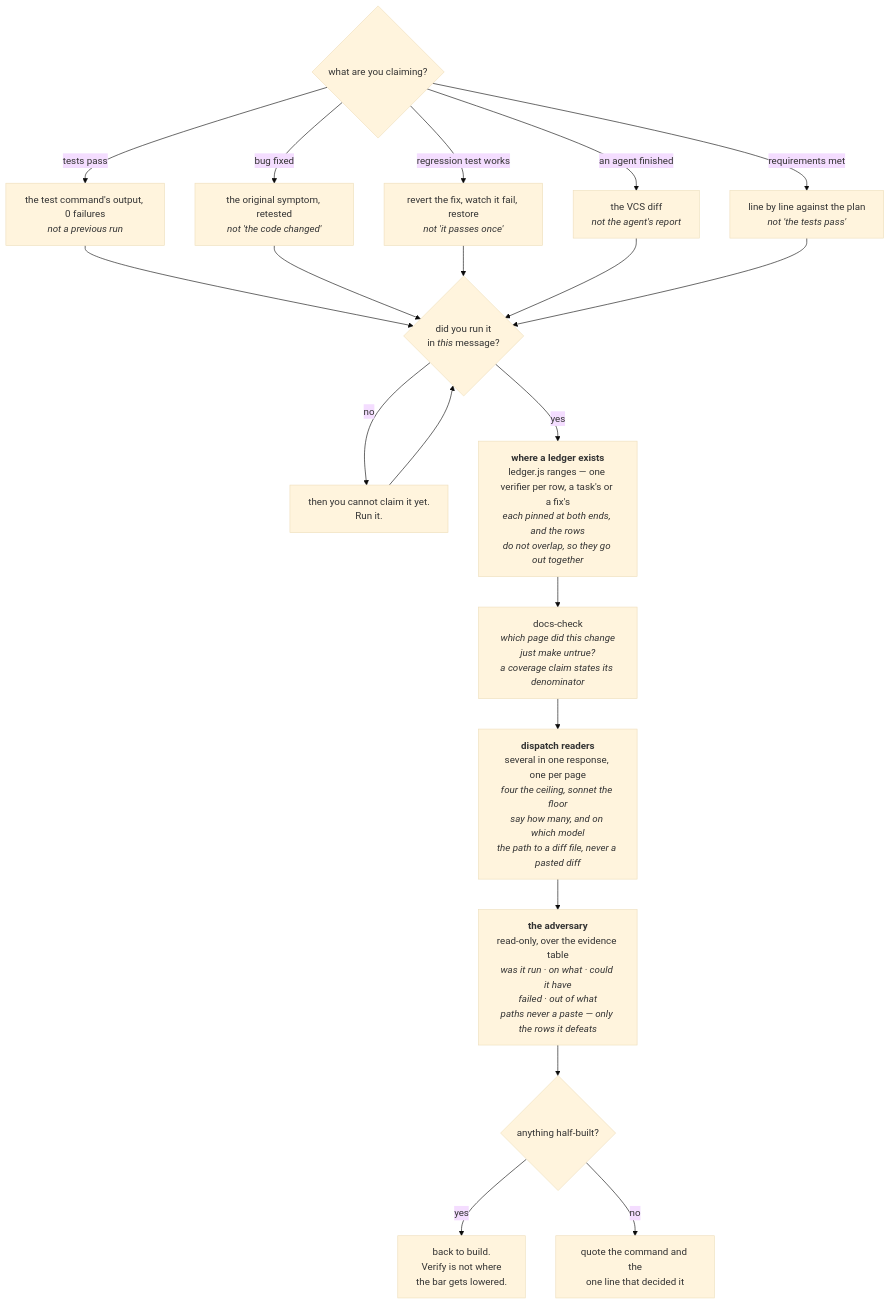
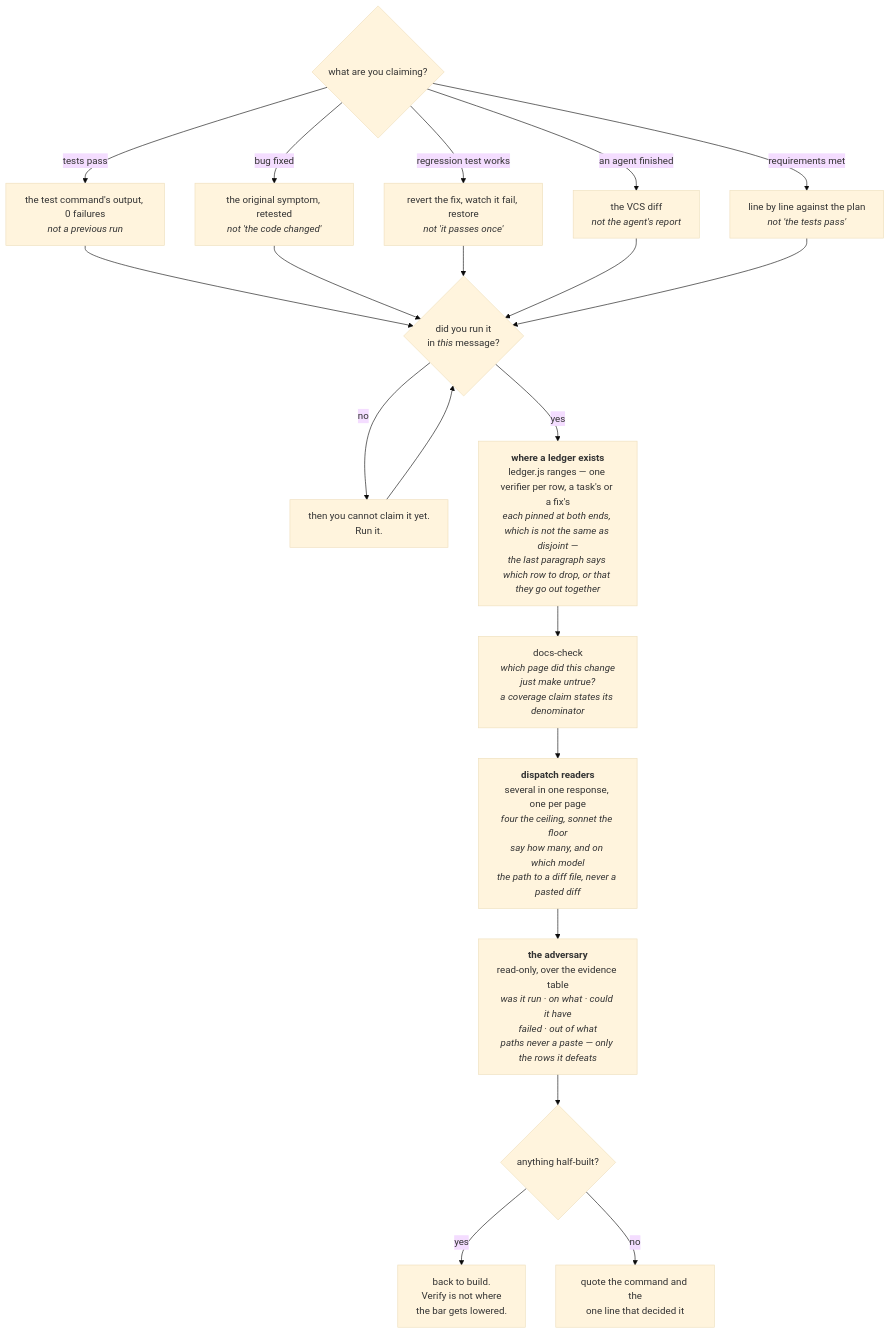
One commit to FanFantom9452/FanKeel changed the sixth of 8 diagrams in docs/pipeline.md. Above: the diagram before and after it, drawn with Mermaid (base theme). The commit also changed 1 other file, not shown here.

Commit message:
fix: two pages still asserted what the tool stopped asserting
- skills/fankeel-verify/SKILL.md: the fan-out rule said the rows do not
  overlap, as a standing fact, and this branch's own ledger has three
  containments. It now says pinned at both ends is not the same as disjoint,
  and sends the reader to the paragraph that names the shape and the remedy.
- docs/pipeline.md: the same claim in the ledger node of the verify diagram.

Claude-Session: https://claude.ai/code/session_01BcqByb1qpjUaoEQG5q3fRg

````diff
--- a/docs/pipeline.md
+++ b/docs/pipeline.md
@@ -557,38 +557,38 @@
 ```mermaid
 flowchart TD
     A{"what are you claiming?"}
     A1["the test command's output, 0 failures<br/><i>not a previous run</i>"]
     A2["the original symptom, retested<br/><i>not 'the code changed'</i>"]
     A3["revert the fix, watch it fail, restore<br/><i>not 'it passes once'</i>"]
     A4["the VCS diff<br/><i>not the agent's report</i>"]
     A5["line by line against the plan<br/><i>not 'the tests pass'</i>"]
     B{"did you run it<br/>in <i>this</i> message?"}
     C["then you cannot claim it yet.<br/>Run it."]
-    D0["<b>where a ledger exists</b><br/>ledger.js ranges — one verifier per row, a task's or a fix's<br/><i>each pinned at both ends, and the rows<br/>do not overlap, so they go out together</i>"]
+    D0["<b>where a ledger exists</b><br/>ledger.js ranges — one verifier per row, a task's or a fix's<br/><i>each pinned at both ends, which is not the same as disjoint —<br/>the last paragraph says which row to drop, or that they go out together</i>"]
     D["docs-check<br/><i>which page did this change<br/>just make untrue?</i><br/><i>a coverage claim states its denominator</i>"]
     D1["<b>dispatch readers</b><br/>several in one response, one per page<br/><i>four the ceiling, sonnet the floor</i><br/><i>say how many, and on which model</i><br/><i>the path to a diff file, never a pasted diff</i>"]
     D2["<b>the adversary</b><br/>read-only, over the evidence table<br/><i>was it run · on what · could it have<br/>failed · out of what</i><br/><i>paths never a paste — only the rows it defeats</i>"]
     E{"anything half-built?"}
     F["back to build.<br/>Verify is not where<br/>the bar gets lowered."]
     G["quote the command and the<br/>one line that decided it"]
 
     A -- "tests pass" --> A1
     A -- "bug fixed" --> A2
     A -- "regression test works" --> A3
     A -- "an agent finished" --> A4
     A -- "requirements met" --> A5
     A1 --> B
     A2 --> B
     A3 --> B
     A4 --> B
     A5 --> B
     B -- no --> C
     C --> B
     B -- yes --> D0
     D0 --> D
     D --> D1
     D1 --> D2
     D2 --> E
     E -- yes --> F
     E -- no --> G
 ```
````
